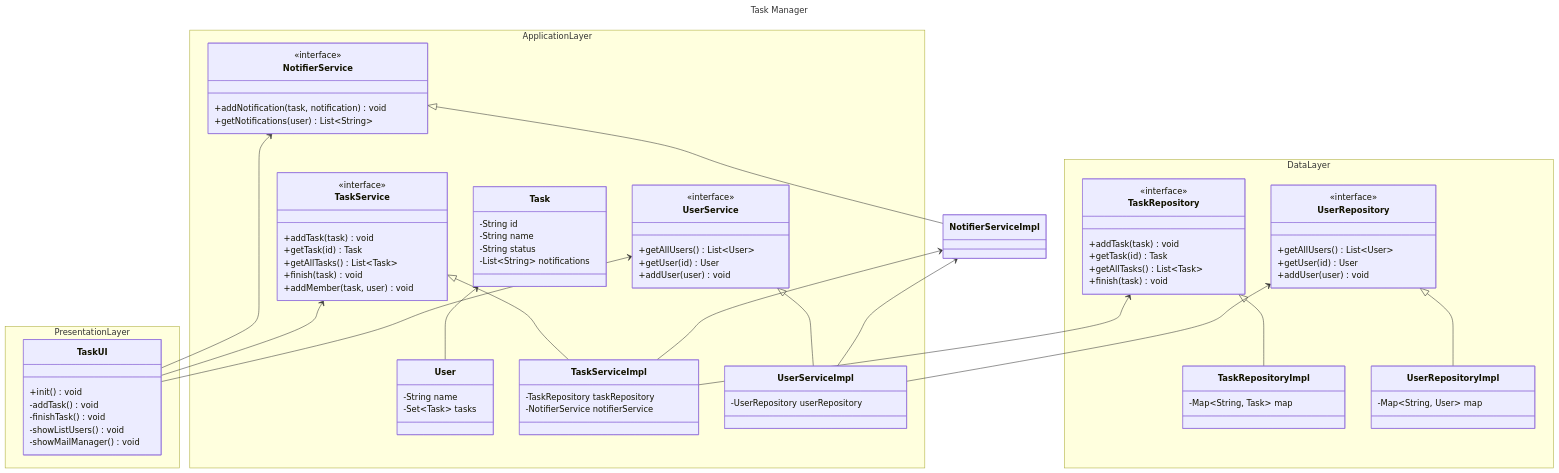
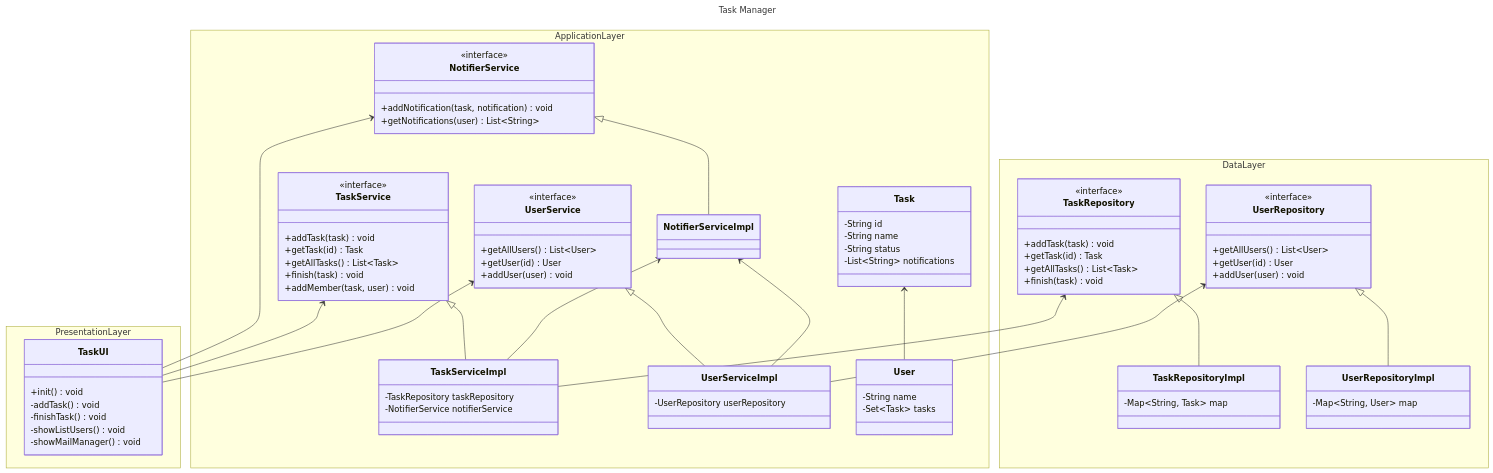
One commit to alexalvarezz123/TaskManager changed the third of 3 diagrams in README.md. Above: the diagram before and after it, drawn with Mermaid.

Commit message:
fix: UML sort classes and packagign Notifier Service Impl to Application Layer

```diff
--- a/README.md
+++ b/README.md
@@ -163,17 +163,6 @@
 		}
 	}
 	namespace ApplicationLayer {
-	    class Task {
-	    	-String id
-	    	-String name
-	    	-String status
-	    	-List~String~ notifications
-	    }
-	    class User {
-	    	-String name
-	    	-Set~Task~ tasks
-	    }
-
 	    class NotifierService {
 	    	<<interface>> 
 			+addNotification(task, notification) void
@@ -200,6 +189,19 @@
 	    }
 	    class UserServiceImpl {
 	    	-UserRepository userRepository
+	    }
+	    class NotifierServiceImpl {
+	    }
+
+	    	    class Task {
+	    	-String id
+	    	-String name
+	    	-String status
+	    	-List~String~ notifications
+	    }
+	    class User {
+	    	-String name
+	    	-Set~Task~ tasks
 	    }
 	}
 	namespace DataLayer {
```
